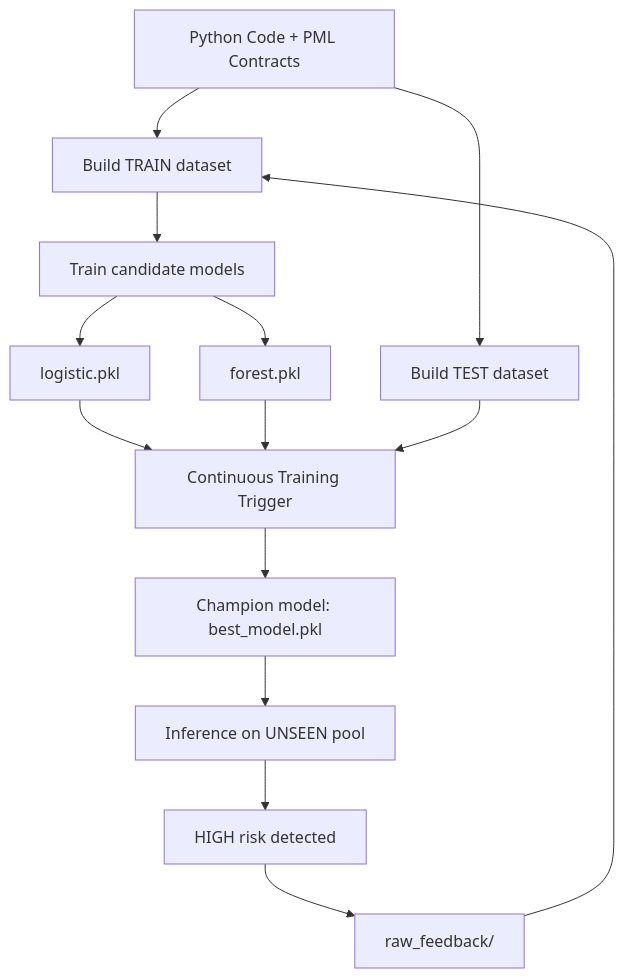
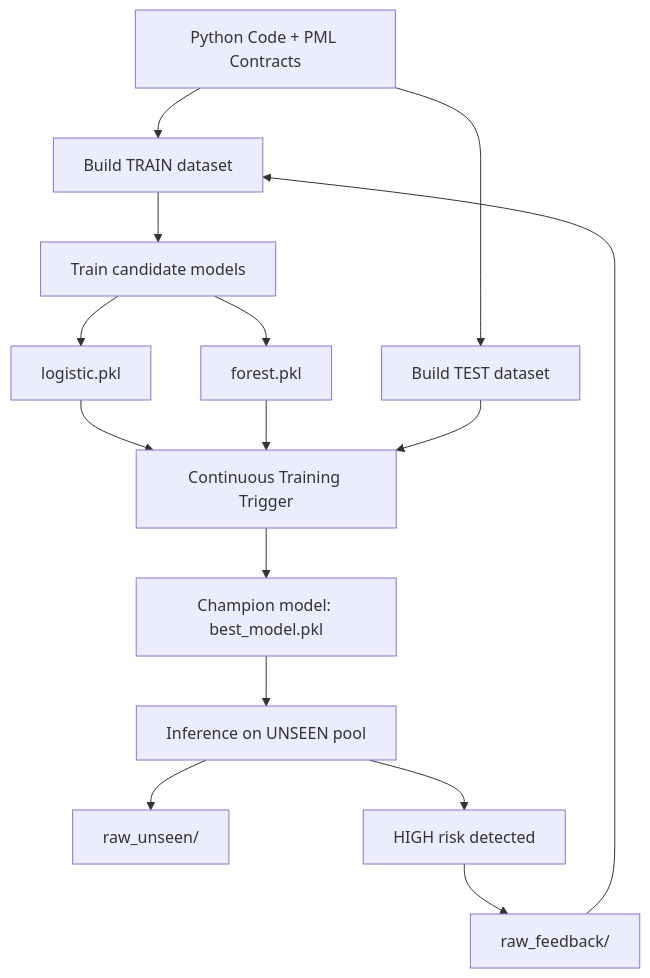
Before and after one commit to CERTprogramming/SpecLens-PML: the diagram in SpecLens_SSD.md, drawn with Mermaid. The commit also changed other lines of this file and 3 other files, not shown here.

````diff
--- a/SpecLens_SSD.md
+++ b/SpecLens_SSD.md
@@ -132,21 +129,24 @@
 ```mermaid
 flowchart TD
+
     A[Python Code + PML Contracts] --> B1[Build TRAIN dataset]
     A --> B2[Build TEST dataset]
 
     B1 --> D[Train candidate models]
     D --> E1[logistic.pkl]
     D --> E2[forest.pkl]
 
     E1 --> F[Continuous Training Trigger]
     E2 --> F
     B2 --> F
 
     F --> G[Champion model: best_model.pkl]
 
     G --> H[Inference on UNSEEN pool]
+    H --> I[raw_unseen/]
+
     H --> J[HIGH risk detected]
     J --> K[raw_feedback/]
 
     K --> B1
 ```
````
